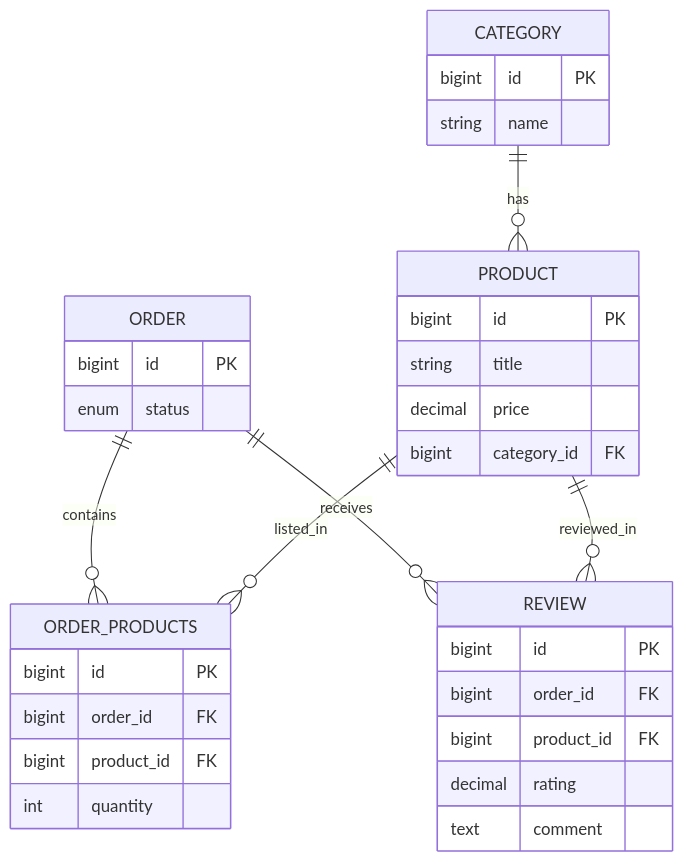
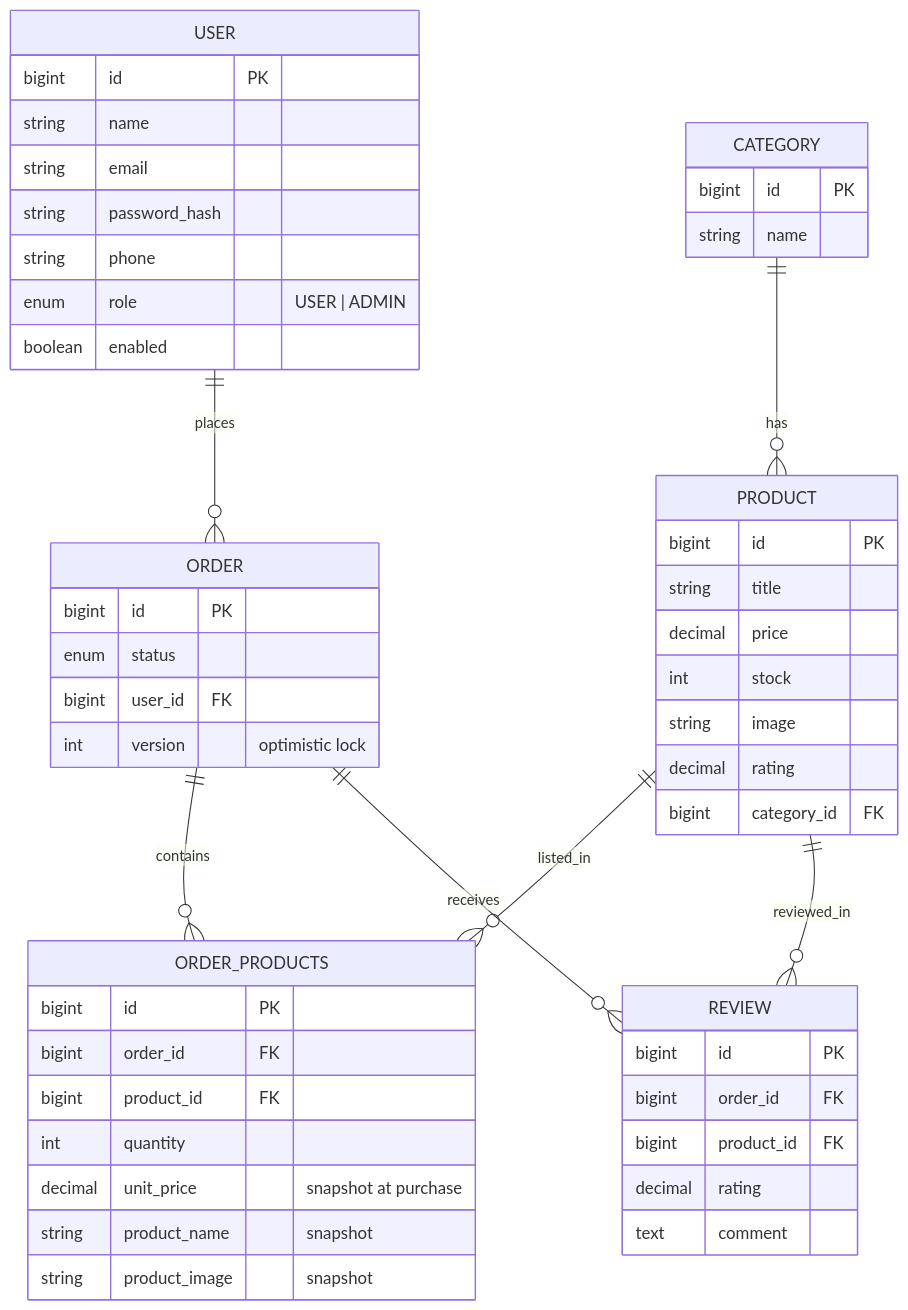
Before and after one commit to Priyank384/nexus-commerce: the fourth of 4 diagrams in PROJECT_DOCUMENTATION.md, drawn with Mermaid. The commit also changed other lines of this file and 108 other files, not shown here.

First line of the commit message:
Add JWT auth, RBAC, admin surface, Redis caching, order snapshots (V5-V12)

````diff
--- a/PROJECT_DOCUMENTATION.md
+++ b/PROJECT_DOCUMENTATION.md
@@ -261,36 +313,54 @@
 ```mermaid
 erDiagram
+    USER ||--o{ ORDER : places
     CATEGORY ||--o{ PRODUCT : has
+    PRODUCT ||--o{ ORDER_PRODUCTS : listed_in
     ORDER ||--o{ ORDER_PRODUCTS : contains
-    PRODUCT ||--o{ ORDER_PRODUCTS : listed_in
     ORDER ||--o{ REVIEW : receives
     PRODUCT ||--o{ REVIEW : reviewed_in
 
+    USER {
+        bigint id PK
+        string name
+        string email
+        string password_hash
+        string phone
+        enum role "USER | ADMIN"
+        boolean enabled
+    }
     CATEGORY {
         bigint id PK
         string name
     }
     PRODUCT {
         bigint id PK
         string title
         decimal price
+        int stock
+        string image
+        decimal rating
         bigint category_id FK
     }
     ORDER {
         bigint id PK
         enum status
+        bigint user_id FK
+        int version "optimistic lock"
     }
     ORDER_PRODUCTS {
         bigint id PK
         bigint order_id FK
         bigint product_id FK
         int quantity
+        decimal unit_price "snapshot at purchase"
+        string product_name "snapshot"
+        string product_image "snapshot"
     }
     REVIEW {
         bigint id PK
         bigint order_id FK
         bigint product_id FK
         decimal rating
         text comment
     }
 ```
````
